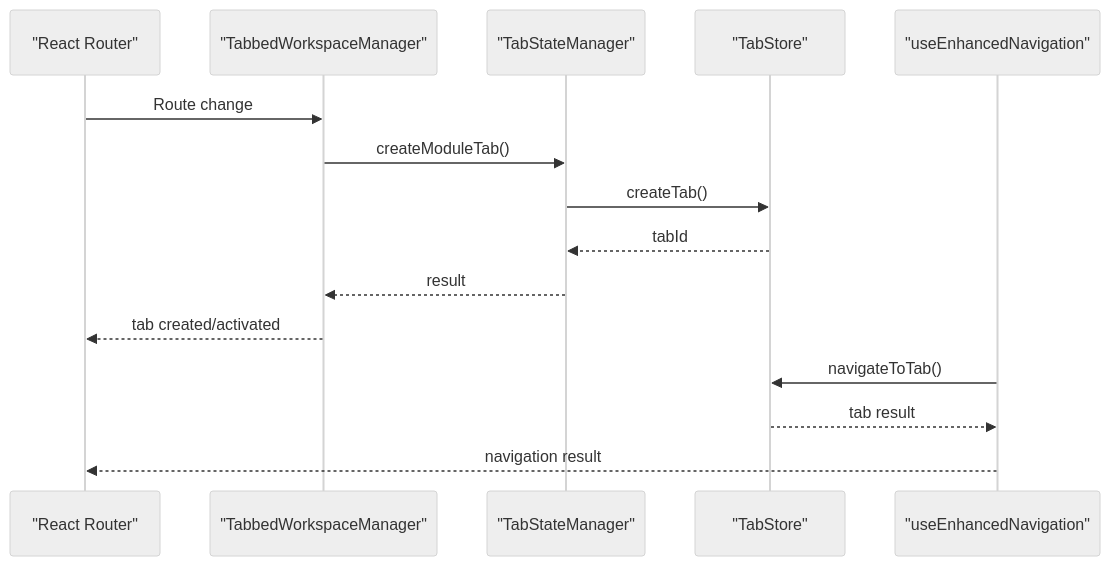
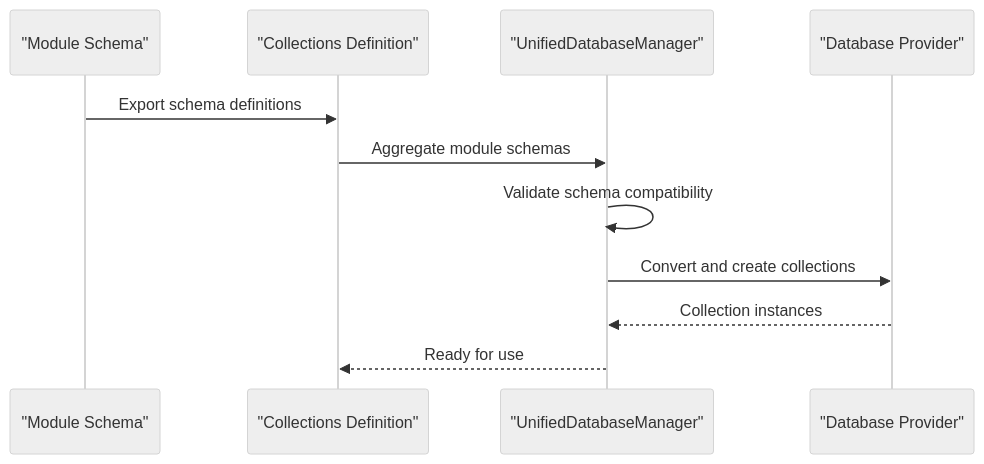
The third of 6 diagrams in .qoder/repowiki/en/content/Architecture Overview/Architecture Overview.md (geniusdynamics/schoolpilot), drawn with Mermaid (neutral theme) before and after one commit. The commit also changed other lines of this file and 422 other files, not shown here.

````diff
--- a/.qoder/repowiki/en/content/Architecture Overview/Architecture Overview.md
+++ b/.qoder/repowiki/en/content/Architecture Overview/Architecture Overview.md
@@ -429,17 +235,13 @@
 ```mermaid
 sequenceDiagram
-participant Router as "React Router"
-participant TW as "TabbedWorkspaceManager"
-participant TS as "TabStateManager"
-participant Store as "TabStore"
-participant Hook as "useEnhancedNavigation"
-Router->>TW : Route change
-TW->>TS : createModuleTab()
-TS->>Store : createTab()
-Store-->>TS : tabId
-TS-->>TW : result
-TW-->>Router : tab created/activated
-Hook->>Store : navigateToTab()
-Store-->>Hook : tab result
-Hook-->>Router : navigation result
+participant MOD as "Module Schema"
+participant COL as "Collections Definition"
+participant UDM as "UnifiedDatabaseManager"
+participant DB as "Database Provider"
+MOD->>COL : Export schema definitions
+COL->>UDM : Aggregate module schemas
+UDM->>UDM : Validate schema compatibility
+UDM->>DB : Convert and create collections
+DB-->>UDM : Collection instances
+UDM-->>COL : Ready for use
 ```
````
